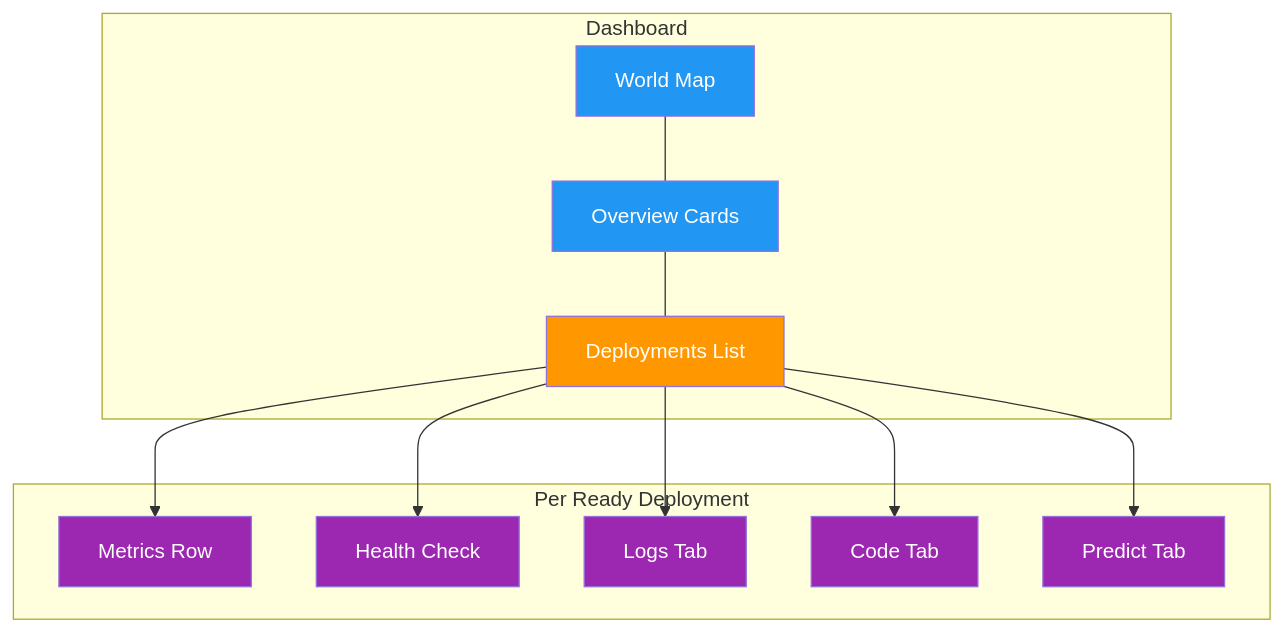
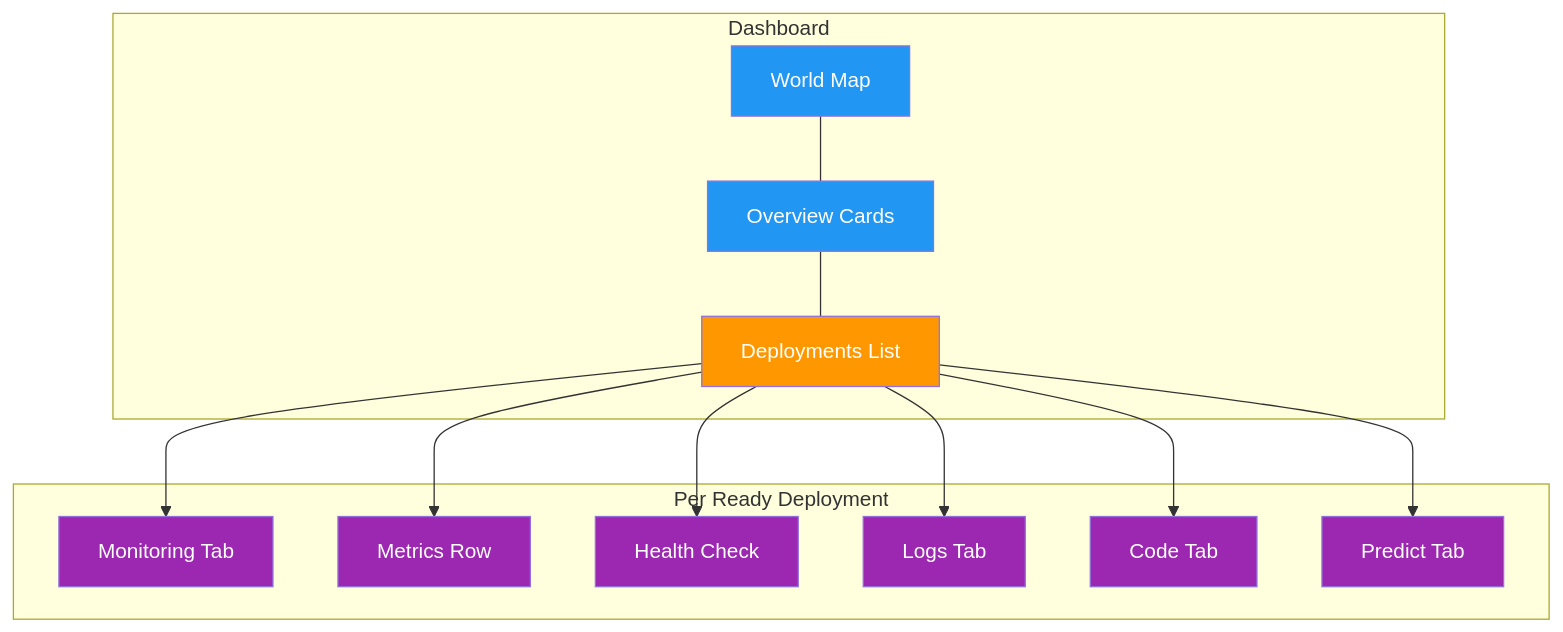
Before and after one commit to ultralytics/ultralytics: the diagram in docs/en/platform/deploy/monitoring.md, drawn with Mermaid. The commit also changed other lines of this file, not shown here.

Commit message:
docs(platform): monitoring

````diff
--- a/docs/en/platform/deploy/monitoring.md
+++ b/docs/en/platform/deploy/monitoring.md
@@ -19,23 +19,25 @@
 ```mermaid
 graph TB
     subgraph Dashboard
         Map[World Map]:::proc --- Cards[Overview Cards]:::proc
         Cards --- List[Deployments List]:::decide
     end
     subgraph "Per Ready Deployment"
+        Monitoring[Monitoring Tab]:::out
         Metrics[Metrics Row]:::out
         Health[Health Check]:::out
         Logs[Logs Tab]:::out
         Code[Code Tab]:::out
         Predict[Predict Tab]:::out
     end
+    List --> Monitoring
     List --> Metrics
     List --> Health
     List --> Logs
     List --> Code
     List --> Predict
 
     classDef proc fill:#2196F3,color:#fff
     classDef decide fill:#FF9800,color:#fff
     classDef out fill:#9C27B0,color:#fff
 ```
````
